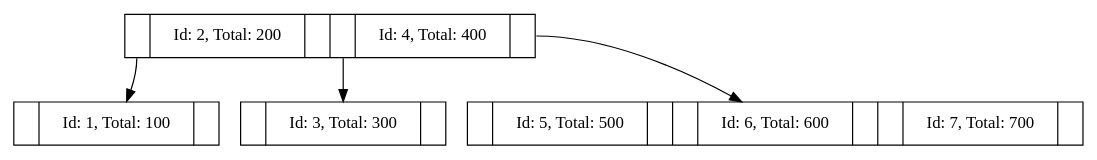
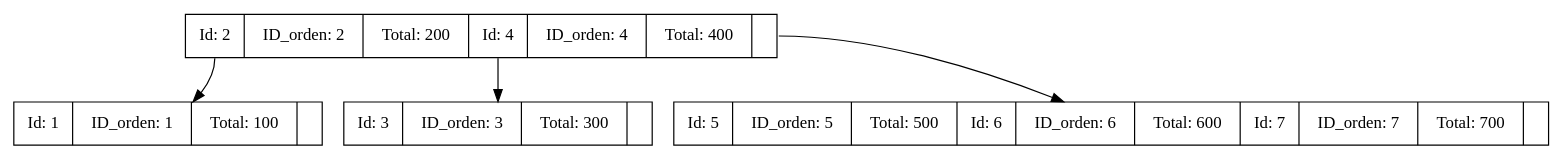
One commit to Farot30/-EDD-1S2025_202307820 changed the diagram in Fase#2/Reportes/arbol.dot. Above: the diagram before and after it, drawn with Graphviz. The commit also changed 21 other files, not shown here.

```diff
--- a/Fase#2/Reportes/arbol.dot
+++ b/Fase#2/Reportes/arbol.dot
@@ -1,10 +1,10 @@
 digraph BTree {
     node [shape=record];
-node0 [label="<f0> |Id: 2, Total: 200||<f1> |Id: 4, Total: 400|<f2>"];
-node1 [label="<f0> |Id: 1, Total: 100|<f1>"];
+node0 [label="<f0> Id: 2|ID_orden: 2|Total: 200|<f1> Id: 4|ID_orden: 4|Total: 400|<f2>"];
+node1 [label="<f0> Id: 1|ID_orden: 1|Total: 100|<f1>"];
     node0:f0 -> node1;
-node2 [label="<f0> |Id: 3, Total: 300|<f1>"];
+node2 [label="<f0> Id: 3|ID_orden: 3|Total: 300|<f1>"];
     node0:f1 -> node2;
-node3 [label="<f0> |Id: 5, Total: 500||<f1> |Id: 6, Total: 600||<f2> |Id: 7, Total: 700|<f3>"];
+node3 [label="<f0> Id: 5|ID_orden: 5|Total: 500|<f1> Id: 6|ID_orden: 6|Total: 600|<f2> Id: 7|ID_orden: 7|Total: 700|<f3>"];
     node0:f2 -> node3;
 }
```
